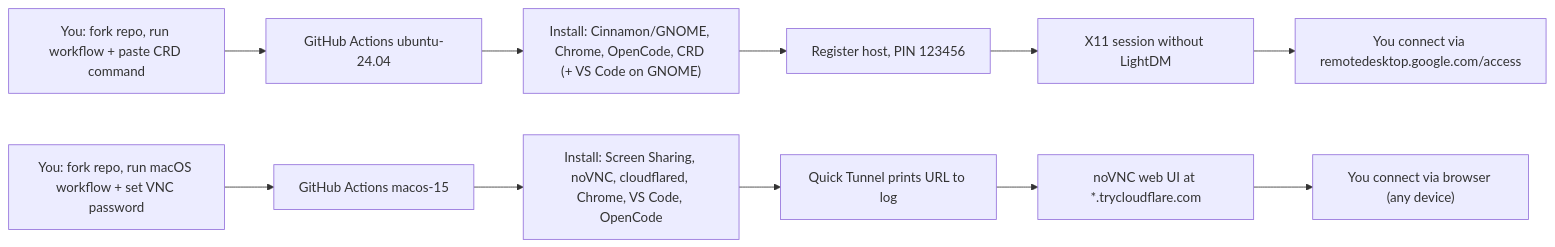
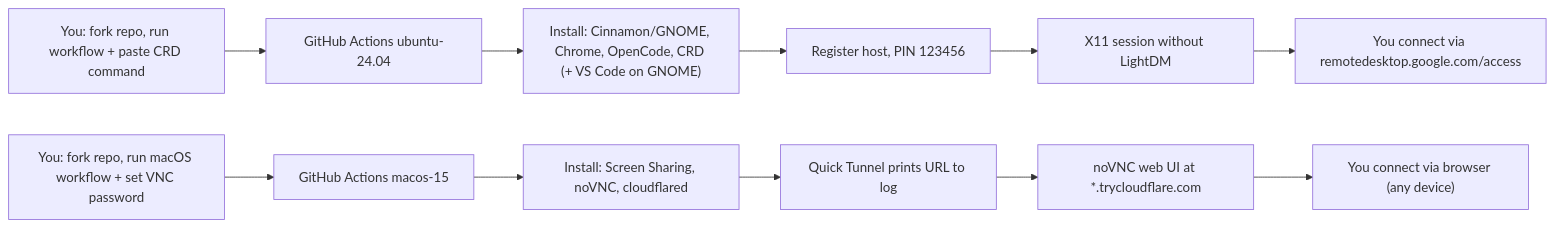
The diagram in README.md (ArchDityaa/rich-linux-crd), drawn with Mermaid before and after one commit. The commit also changed other lines of this file and 2 other files, not shown here.

Commit message:
Remove dev tools from macOS workflow beta and renumber steps

````diff
--- a/README.md
+++ b/README.md
@@ -180,13 +180,13 @@
 ```mermaid
 flowchart LR
     A["You: fork repo, run workflow + paste CRD command"] --> B["GitHub Actions ubuntu-24.04"]
     A2["You: fork repo, run macOS workflow + set VNC password"] --> B2["GitHub Actions macos-15"]
     B --> C["Install: Cinnamon/GNOME, Chrome, OpenCode, CRD (+ VS Code on GNOME)"]
-    B2 --> C2["Install: Screen Sharing, noVNC, cloudflared, Chrome, VS Code, OpenCode"]
+    B2 --> C2["Install: Screen Sharing, noVNC, cloudflared"]
     C --> D["Register host, PIN 123456"]
     C2 --> D2["Quick Tunnel prints URL to log"]
     D --> E["X11 session without LightDM"]
     D2 --> E2["noVNC web UI at *.trycloudflare.com"]
     E --> F["You connect via remotedesktop.google.com/access"]
     E2 --> F2["You connect via browser (any device)"]
 ```
````
